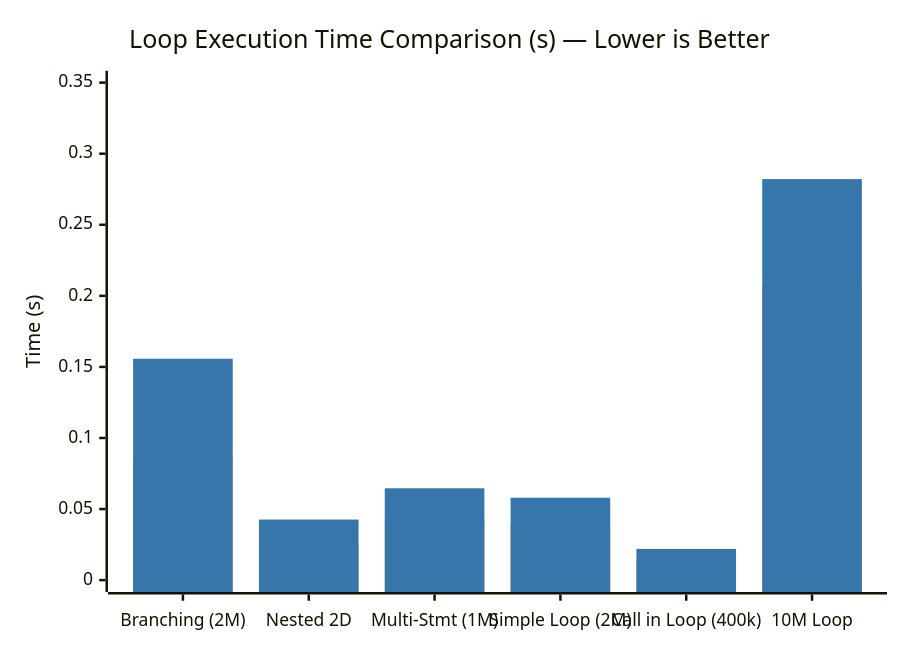
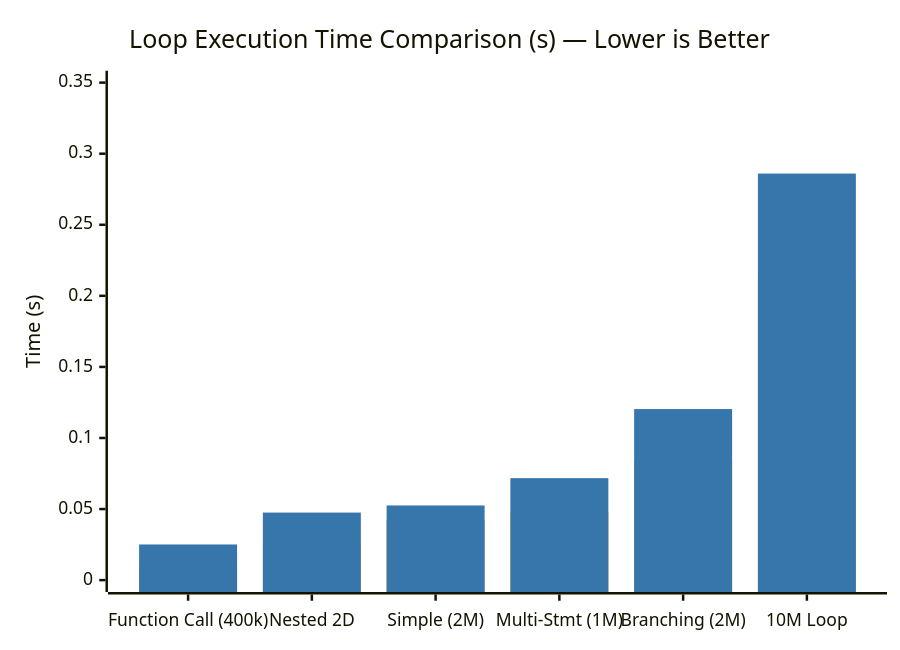
The second of 3 diagrams in README.md (babar-xagi/zython-), drawn with Mermaid before and after one commit. The commit also changed other lines of this file and 15 other files, not shown here.

````diff
--- a/README.md
+++ b/README.md
@@ -145,9 +158,9 @@
 ```mermaid
 %%{init: {"themeVariables": {"xyChart": {"plotColorPalette": "#F7A41D, #3776AB"}}}}%%
 xychart-beta
     title "Loop Execution Time Comparison (s) — Lower is Better"
-    x-axis ["Branching (2M)", "Nested 2D", "Multi-Stmt (1M)", "Simple Loop (2M)", "Call in Loop (400k)", "10M Loop"]
+    x-axis ["Function Call (400k)", "Nested 2D", "Simple (2M)", "Multi-Stmt (1M)", "Branching (2M)", "10M Loop"]
     y-axis "Time (s)" 0.0 --> 0.35
-    bar [0.08723, 0.02547, 0.04312, 0.03877, 0.01532, 0.20840]
-    bar [0.15575, 0.04261, 0.06461, 0.05796, 0.02197, 0.28212]
+    bar [0.00993, 0.02610, 0.04226, 0.04823, 0.08307, 0.21161]
+    bar [0.02509, 0.04752, 0.05252, 0.07174, 0.12035, 0.28603]
 ```
````
